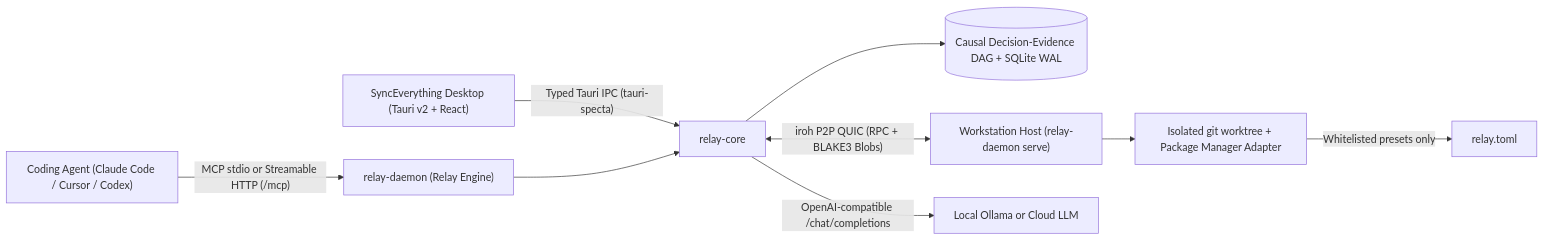
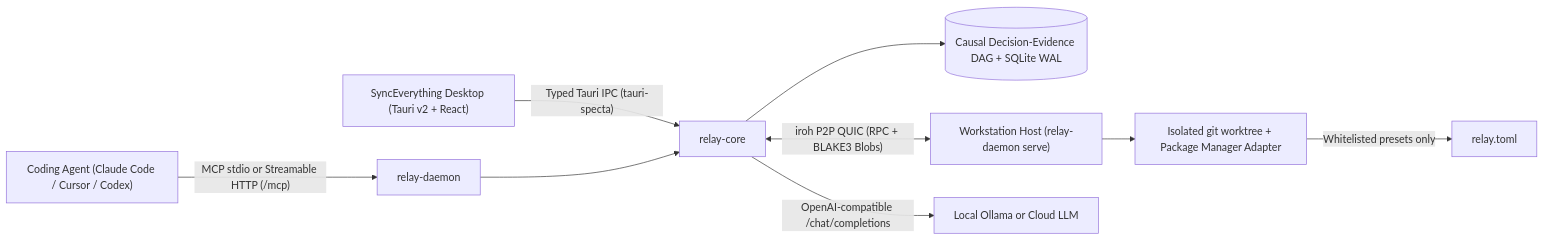
One commit to Foahh/SyncEverything changed the diagram in README.md. Above: the diagram before and after it, drawn with Mermaid. The commit also changed other lines of this file and 107 other files, not shown here.

````diff
--- a/README.md
+++ b/README.md
@@ -13,11 +13,11 @@
 ```mermaid
 flowchart LR
-    Agent["Coding Agent (Claude Code / Cursor / Codex)"] -->|"MCP stdio or Streamable HTTP (/mcp)"| Daemon["relay-daemon (Relay Engine)"]
+    Agent["Coding Agent (Claude Code / Cursor / Codex)"] -->|"MCP stdio or Streamable HTTP (/mcp)"| Daemon["relay-daemon"]
     Desktop["SyncEverything Desktop (Tauri v2 + React)"] -->|"Typed Tauri IPC (tauri-specta)"| Core["relay-core"]
     Daemon --> Core
     Core --> DAG[("Causal Decision-Evidence DAG + SQLite WAL")]
     Core <-->|"iroh P2P QUIC (RPC + BLAKE3 Blobs)"| Host["Workstation Host (relay-daemon serve)"]
     Host --> Worktree["Isolated git worktree + Package Manager Adapter"]
     Worktree -->|"Whitelisted presets only"| Manifest["relay.toml"]
     Core -->|"OpenAI-compatible /chat/completions"| LLM["Local Ollama or Cloud LLM"]
 ```
````
